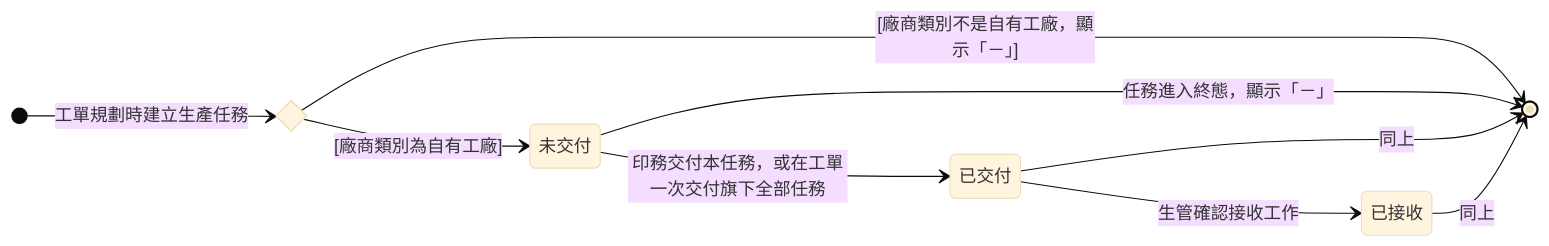
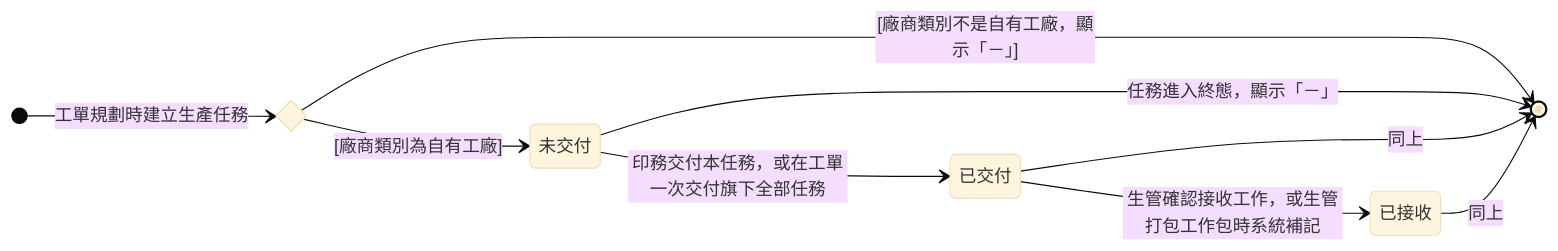
One commit to Kawato-Miles/erp-spec changed the diagram in memory/Sens_wiki/wiki/erp/06-state-machines/生產任務交付狀態.md. Above: the diagram before and after it, drawn with Mermaid (base theme). The commit also changed other lines of this file and 10 other files, not shown here.

````diff
--- a/memory/Sens_wiki/wiki/erp/06-state-machines/生產任務交付狀態.md
+++ b/memory/Sens_wiki/wiki/erp/06-state-machines/生產任務交付狀態.md
@@ -48,20 +49,20 @@
 ```mermaid
 stateDiagram-v2
     direction LR
 
     state c_init <<choice>>
     [*] --> c_init : 工單規劃時建立生產任務
 
     state "未交付" as d_none
     state "已交付" as d_delivered
     state "已接收" as d_received
 
     c_init --> d_none : [廠商類別為自有工廠]
     c_init --> [*] : [廠商類別不是自有工廠，顯示「－」]
     d_none --> d_delivered : 印務交付本任務，或在工單一次交付旗下全部任務
-    d_delivered --> d_received : 生管確認接收工作
+    d_delivered --> d_received : 生管確認接收工作，或生管打包工作包時系統補記
 
     d_none --> [*] : 任務進入終態，顯示「－」
     d_delivered --> [*] : 同上
     d_received --> [*] : 同上
 ```
````
